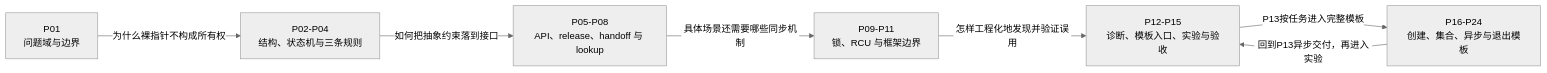
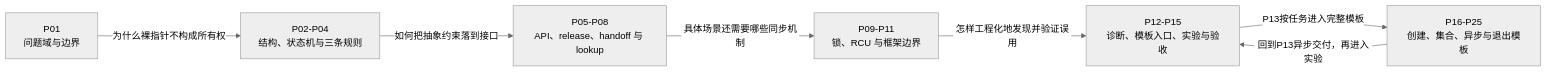
The diagram in knowledge/linux/object_lifetime/kref/大纲.md (FormingSystem/linux_note), drawn with Mermaid (neutral theme) before and after one commit. The commit also changed other lines of this file and 16 other files, not shown here.

````diff
--- a/knowledge/linux/object_lifetime/kref/大纲.md
+++ b/knowledge/linux/object_lifetime/kref/大纲.md
@@ -21,16 +21,16 @@
 ```mermaid
 flowchart LR
     A["P01<br/>问题域与边界"]
     B["P02-P04<br/>结构、状态机与三条规则"]
     C["P05-P08<br/>API、release、handoff 与 lookup"]
     D["P09-P11<br/>锁、RCU 与框架边界"]
     E["P12-P15<br/>诊断、模板入口、实验与验收"]
-    T["P16-P24<br/>创建、集合、异步与退出模板"]
+    T["P16-P25<br/>创建、集合、异步与退出模板"]
 
     A -->|"为什么裸指针不构成所有权"| B
     B -->|"如何把抽象约束落到接口"| C
     C -->|"具体场景还需要哪些同步机制"| D
     D -->|"怎样工程化地发现并验证误用"| E
     E -->|"P13按任务进入完整模板"| T
     T -->|"回到P13异步交付，再进入实验"| E
 ```
````
